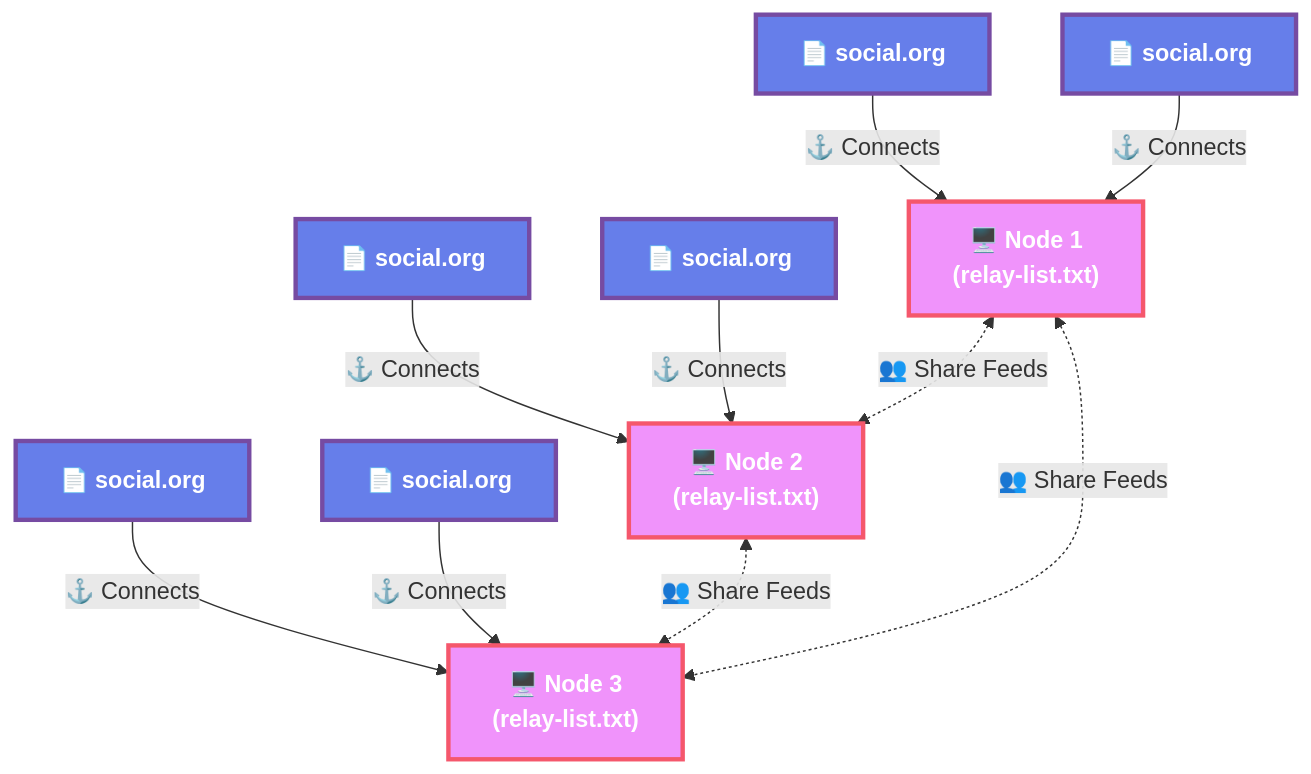
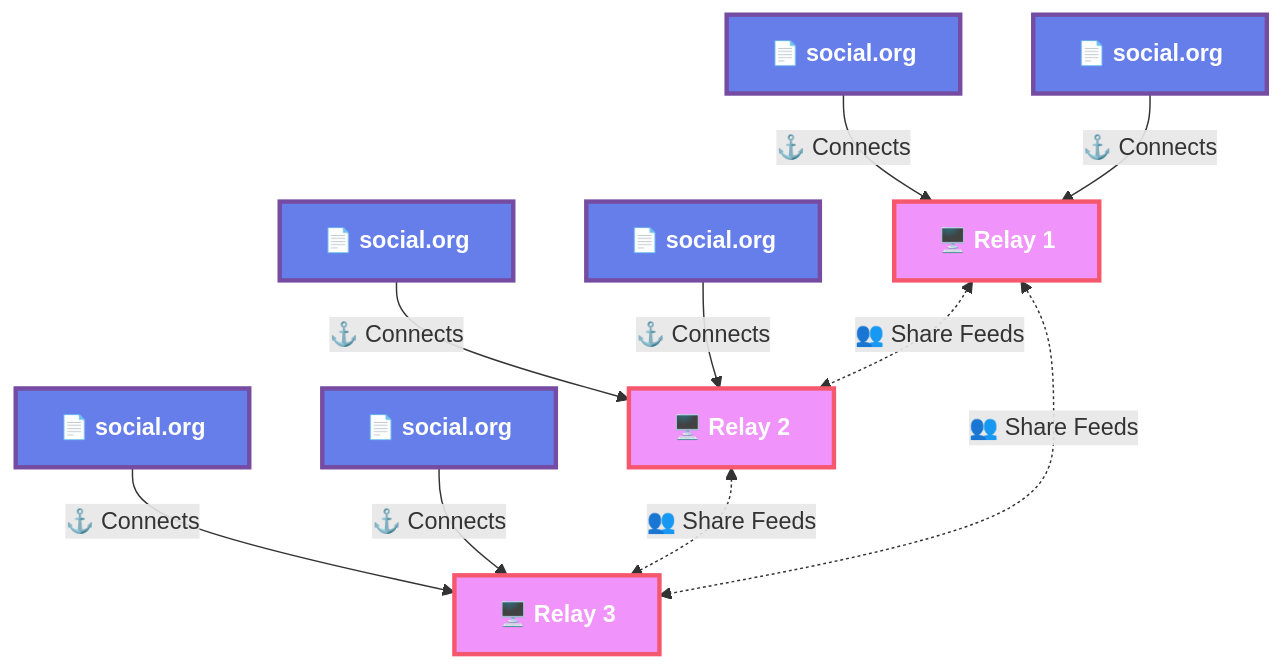
One commit to tanrax/org-social-relay changed the diagram in README.md. Above: the diagram before and after it, drawn with Mermaid. The commit also changed other lines of this file and 1 other file, not shown here.

Commit message:
Simplify diagram labels: use 'Relay' instead of 'Node'
Changed node labels from 'Node X (relay-list.txt)' to simply 'Relay X'
for cleaner visualization. Also updated Concepts section to use 'Relay'
terminology consistently throughout the documentation.

````diff
--- a/README.md
+++ b/README.md
@@ -7,35 +7,35 @@
 ```mermaid
 graph TD
-    Node1["🖥️ Node 1<br/>(relay-list.txt)"]
-    Node2["🖥️ Node 2<br/>(relay-list.txt)"]
-    Node3["🖥️ Node 3<br/>(relay-list.txt)"]
+    Node1["🖥️ Relay 1"]
+    Node2["🖥️ Relay 2"]
+    Node3["🖥️ Relay 3"]
 
     %% Social.org instances with icons
     Social1_1["📄 social.org"]
     Social1_2["📄 social.org"]
     Social2_1["📄 social.org"]
     Social2_2["📄 social.org"]
     Social3_1["📄 social.org"]
     Social3_2["📄 social.org"]
 
     %% Node to social.org connections
     Social1_1 -->|"⚓ Connects"| Node1
     Social1_2 -->|"⚓ Connects"| Node1
     Social2_1 -->|"⚓ Connects"| Node2
     Social2_2 -->|"⚓ Connects"| Node2
     Social3_1 -->|"⚓ Connects"| Node3
     Social3_2 -->|"⚓ Connects"| Node3
 
     %% Bidirectional connections between nodes
     Node1 <-.->|"👥 Share Feeds"| Node2
     Node2 <-.->|"👥 Share Feeds"| Node3
     Node1 <-.->|"👥 Share Feeds"| Node3
 
     %% Modern color scheme with gradients
     classDef socialStyle fill:#667eea,stroke:#764ba2,stroke-width:3px,color:#fff,font-weight:bold
     classDef nodeStyle fill:#f093fb,stroke:#f5576c,stroke-width:3px,color:#fff,font-weight:bold
 
     %% Apply styles
     class Social1_1,Social1_2,Social2_1,Social2_2,Social3_1,Social3_2 socialStyle
     class Node1,Node2,Node3 nodeStyle
 ```
````
